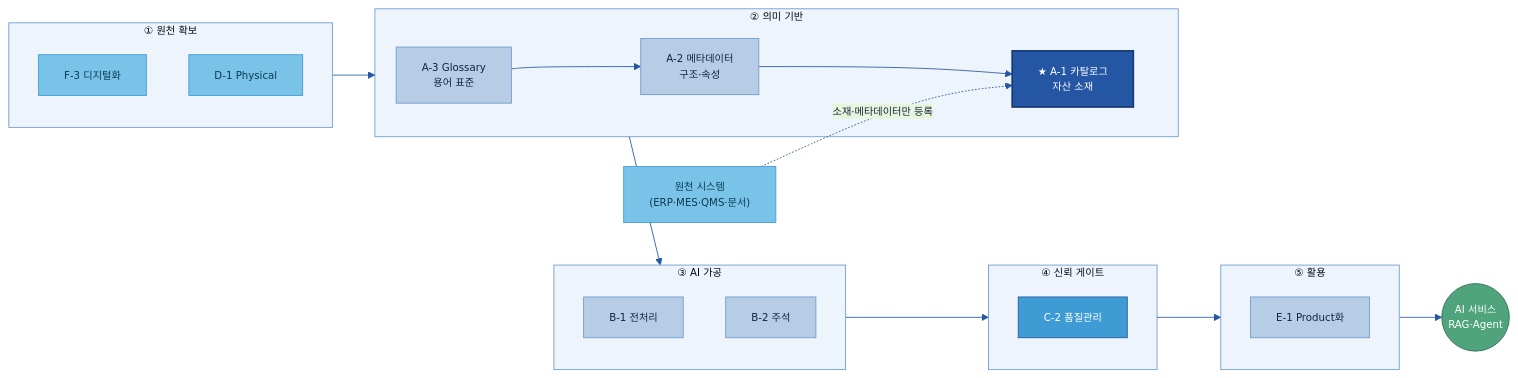
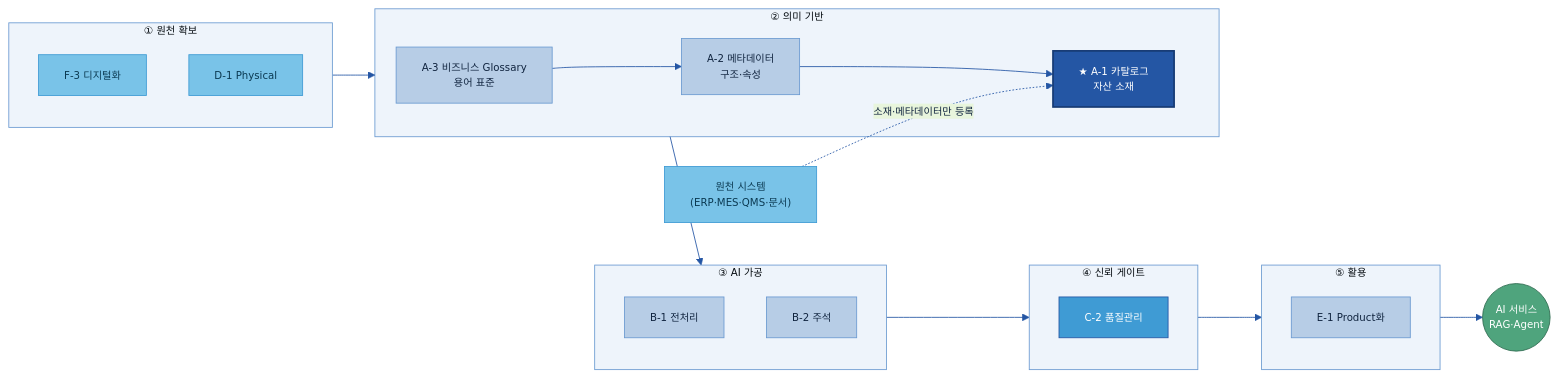
One commit to jin-kearney/ai-ready-data-manual changed the first of 10 diagrams in 가이드 작성/A-1 데이터 카탈로그/A-1 데이터 카탈로그_0623 수정.md. Above: the diagram before and after it, drawn with Mermaid. The commit also changed other lines of this file, not shown here.

````diff
--- a/가이드 작성/A-1 데이터 카탈로그/A-1 데이터 카탈로그_0623 수정.md
+++ b/가이드 작성/A-1 데이터 카탈로그/A-1 데이터 카탈로그_0623 수정.md
@@ -106,33 +106,33 @@
 ```mermaid
 %%{init: {'theme':'base','themeVariables':{'primaryColor':'#DCE8F5','primaryBorderColor':'#2456A4','primaryTextColor':'#10243f','lineColor':'#2456A4','clusterBkg':'#EEF4FB','clusterBorder':'#6B9AD1','fontSize':'12px'}}}%%
 flowchart LR
     subgraph S0["① 원천 확보"]
         F3["F-3 디지털화"]:::src
         D1["D-1 Physical"]:::src
     end
     subgraph S1["② 의미 기반"]
-        A3["A-3 Glossary<br/>용어 표준"]:::n
+        A3["A-3 비즈니스 Glossary<br/>용어 표준"]:::n
         A2["A-2 메타데이터<br/>구조·속성"]:::n
         A1["★ A-1 카탈로그<br/>자산 소재"]:::cat
         A3 --> A2 --> A1
     end
     subgraph S2["③ AI 가공"]
         B1["B-1 전처리"]:::n
         B2["B-2 주석"]:::n
     end
     subgraph S3["④ 신뢰 게이트"]
         C2["C-2 품질관리"]:::gate
     end
     subgraph S4["⑤ 활용"]
         E1["E-1 Product화"]:::n
     end
     AI(("AI 서비스<br/>RAG·Agent")):::loop
     SRC["원천 시스템<br/>(ERP·MES·QMS·문서)"]:::src
     SRC -.소재·메타데이터만 등록.-> A1
     S0 --> S1 --> S2 --> S3 --> S4 --> AI
     classDef n fill:#B7CDE6,stroke:#6B9AD1,color:#10243f;
     classDef src fill:#79C3E8,stroke:#3F9BD4,color:#0b3a52;
     classDef cat fill:#2456A4,color:#fff,stroke:#163a73,stroke-width:2px;
     classDef gate fill:#3F9BD4,stroke:#2456A4,color:#fff;
     classDef loop fill:#4FA47D,stroke:#2f6b50,color:#fff;
 ```
````
